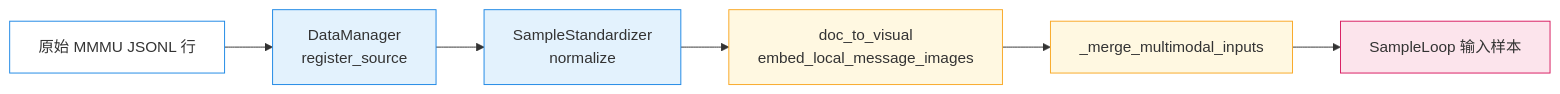
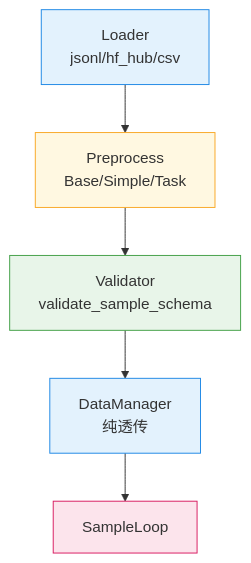
Before and after one commit to HiThink-Research/GAGE: the second of 13 diagrams in README.md, drawn with Mermaid. The commit also changed other lines of this file and 91 other files, not shown here.

First line of the commit message:
Align preprocessing pipeline with standardized Sample flow

````diff
--- a/README.md
+++ b/README.md
@@ -170,15 +125,13 @@
 ```mermaid
-flowchart LR
-  Raw[原始 MMMU JSONL 行] --> DM[DataManager<br/>register_source]
-  DM --> STD[SampleStandardizer<br/>normalize]
-  STD --> DOC2[doc_to_visual<br/>embed_local_message_images]
-  DOC2 --> MERGE[_merge_multimodal_inputs]
-  MERGE --> LOOP[SampleLoop 输入样本]
+flowchart TD
+  L[Loader<br/>jsonl/hf_hub/csv] --> P[Preprocess<br/>Base/Simple/Task]
+  P --> V[Validator<br/>validate_sample_schema]
+  V --> DM[DataManager<br/>纯透传]
+  DM --> SL[SampleLoop]
 
-  style Raw fill:#ffffff,stroke:#1e88e5
+  style L fill:#e3f2fd,stroke:#1e88e5
+  style P fill:#fff8e1,stroke:#f9a825
+  style V fill:#e8f5e9,stroke:#43a047
   style DM fill:#e3f2fd,stroke:#1e88e5
-  style STD fill:#e3f2fd,stroke:#1e88e5
-  style DOC2 fill:#fff8e1,stroke:#f9a825
-  style MERGE fill:#fff8e1,stroke:#f9a825
-  style LOOP fill:#fce4ec,stroke:#d81b60
+  style SL fill:#fce4ec,stroke:#d81b60
 ```
````
